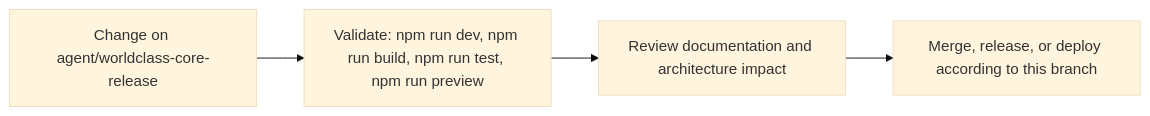
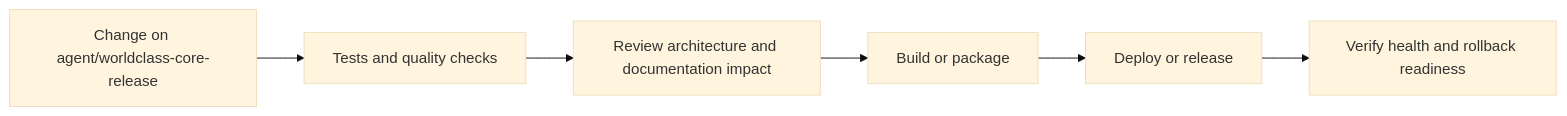
Before and after one commit to Nischhalsubba/Napiyo: the fourth of 5 diagrams in README.md, drawn with Mermaid (base theme). The commit also changed other lines of this file, not shown here.

````diff
--- a/README.md
+++ b/README.md
@@ -72,8 +153,8 @@
 ```mermaid
 flowchart LR
-    CHANGE["Change on agent/worldclass-core-release"]
-    CHECK["Validate: npm run dev, npm run build, npm run test, npm run preview"]
-    REVIEW["Review documentation and architecture impact"]
-    RELEASE["Merge, release, or deploy according to this branch"]
-    CHANGE --> CHECK --> REVIEW --> RELEASE
+    CHANGE["Change on agent/worldclass-core-release"] --> CHECK["Tests and quality checks"]
+    CHECK --> REVIEW["Review architecture and documentation impact"]
+    REVIEW --> BUILD["Build or package"]
+    BUILD --> DEPLOY["Deploy or release"]
+    DEPLOY --> VERIFY["Verify health and rollback readiness"]
 ```
````
